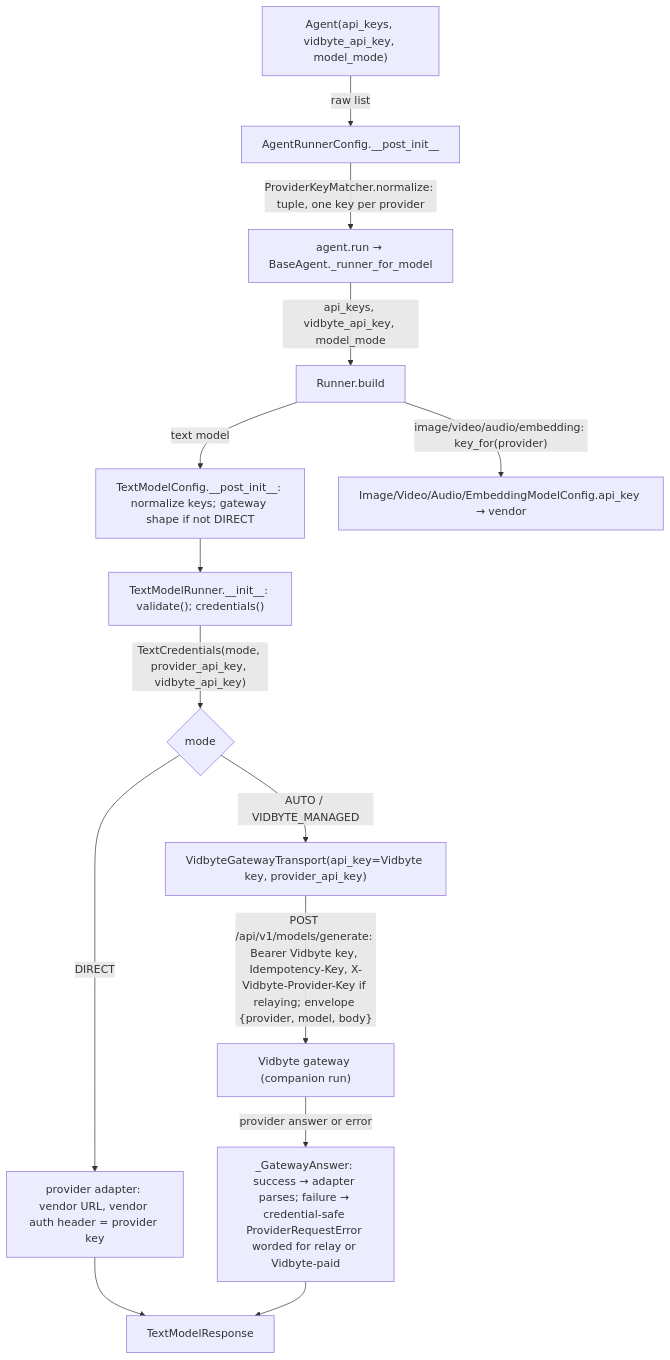
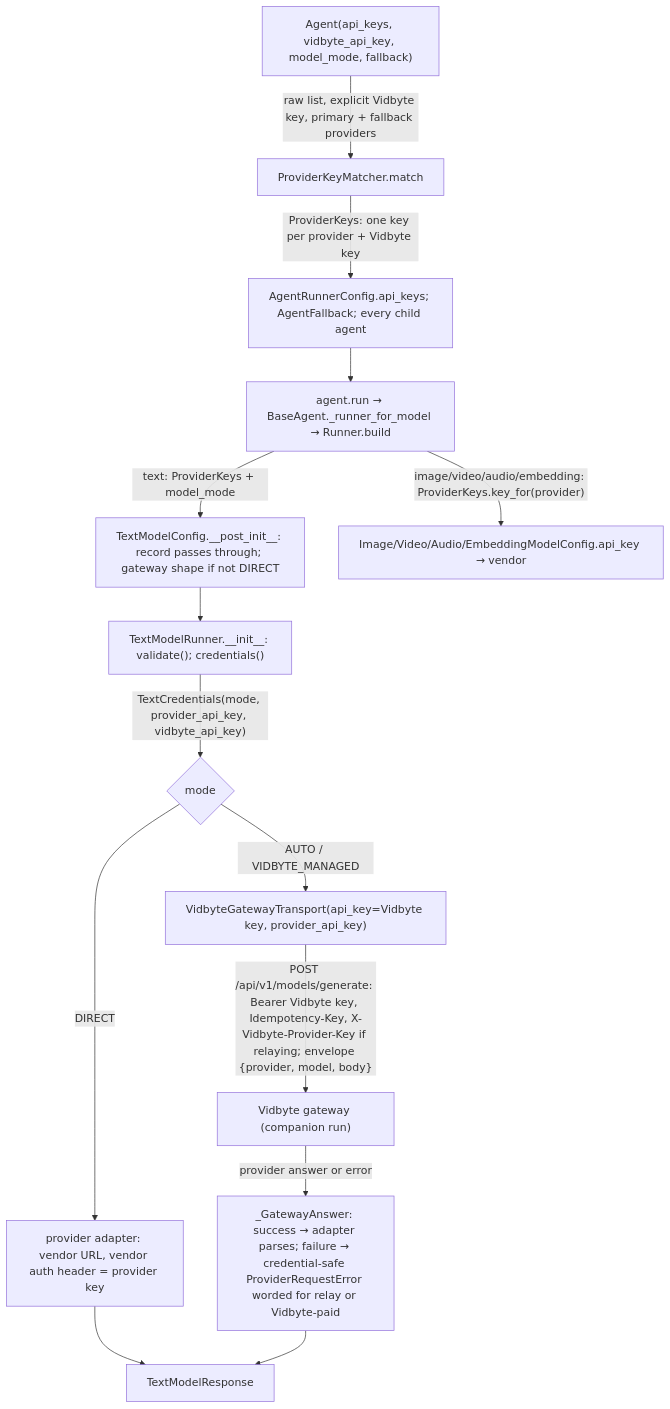
Before and after one commit to cerredz/Vidbyte-SDK: the first of 2 diagrams in docs/spec/byok-api-keys/spec.md, drawn with Mermaid. The commit also changed other lines of this file, not shown here.

Commit message:
docs(spec): revise byok-api-keys spec r2 (prefix-proven or unique-assignment key matching, primary-key check)

````diff
--- a/docs/spec/byok-api-keys/spec.md
+++ b/docs/spec/byok-api-keys/spec.md
@@ -138,16 +157,16 @@
 ```mermaid
 flowchart TD
-  A["Agent(api_keys, vidbyte_api_key, model_mode)"] -->|raw list| B["AgentRunnerConfig.__post_init__"]
-  B -->|"ProviderKeyMatcher.normalize: tuple, one key per provider"| C["agent.run → BaseAgent._runner_for_model"]
-  C -->|"api_keys, vidbyte_api_key, model_mode"| D["Runner.build"]
-  D -->|text model| E["TextModelConfig.__post_init__: normalize keys; gateway shape if not DIRECT"]
-  D -->|"image/video/audio/embedding: key_for(provider)"| N["Image/Video/Audio/EmbeddingModelConfig.api_key → vendor"]
+  A["Agent(api_keys, vidbyte_api_key, model_mode, fallback)"] -->|"raw list, explicit Vidbyte key, primary + fallback providers"| B["ProviderKeyMatcher.match"]
+  B -->|"ProviderKeys: one key per provider + Vidbyte key"| C["AgentRunnerConfig.api_keys; AgentFallback; every child agent"]
+  C --> D["agent.run → BaseAgent._runner_for_model → Runner.build"]
+  D -->|"text: ProviderKeys + model_mode"| E["TextModelConfig.__post_init__: record passes through; gateway shape if not DIRECT"]
+  D -->|"image/video/audio/embedding: ProviderKeys.key_for(provider)"| N["Image/Video/Audio/EmbeddingModelConfig.api_key → vendor"]
   E --> F["TextModelRunner.__init__: validate(); credentials()"]
   F -->|"TextCredentials(mode, provider_api_key, vidbyte_api_key)"| G{mode}
   G -->|DIRECT| H["provider adapter: vendor URL, vendor auth header = provider key"]
   G -->|"AUTO / VIDBYTE_MANAGED"| I["VidbyteGatewayTransport(api_key=Vidbyte key, provider_api_key)"]
   I -->|"POST /api/v1/models/generate: Bearer Vidbyte key, Idempotency-Key, X-Vidbyte-Provider-Key if relaying; envelope {provider, model, body}"| J["Vidbyte gateway (companion run)"]
   J -->|"provider answer or error"| K["_GatewayAnswer: success → adapter parses; failure → credential-safe ProviderRequestError worded for relay or Vidbyte-paid"]
   H --> L["TextModelResponse"]
   K --> L
 ```
````
